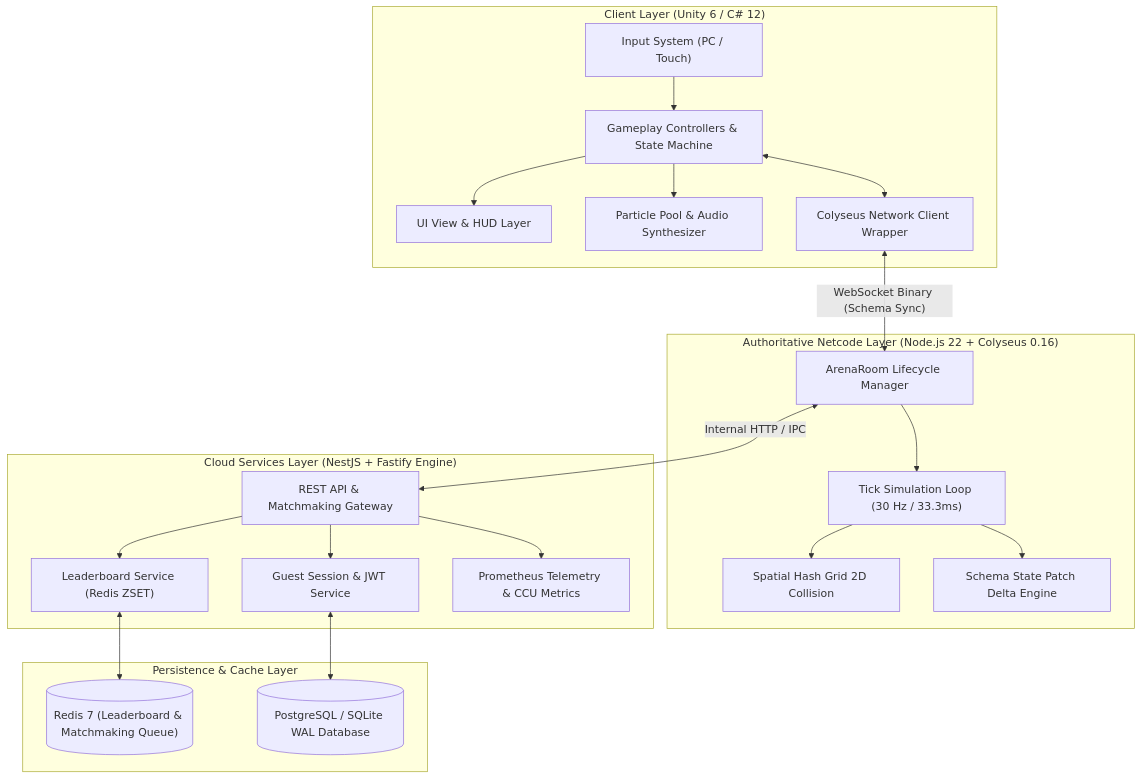
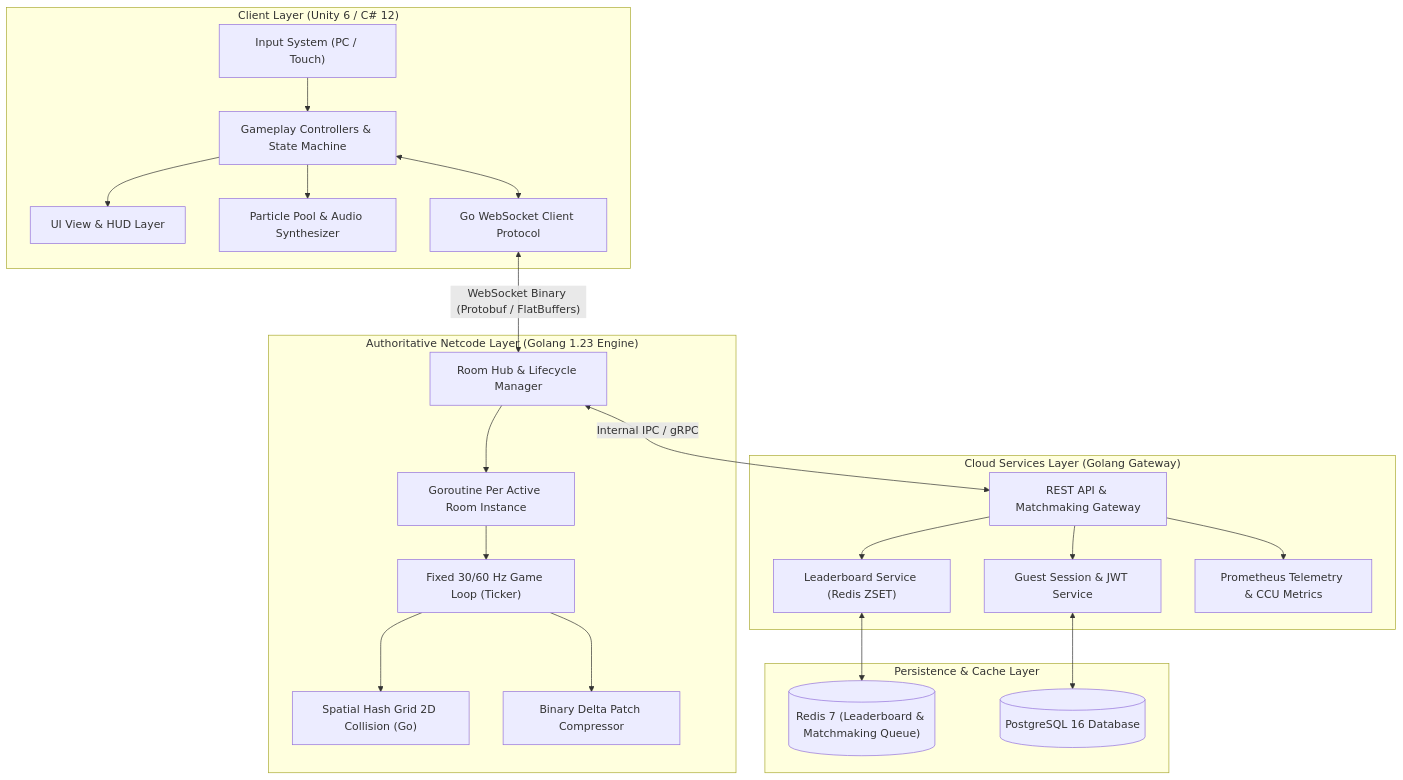
The diagram in docs/02_TDD_TECHNICAL_ARCHITECTURE.md (Blackerd/aetheria-overdrive), drawn with Mermaid before and after one commit. The commit also changed other lines of this file and 8 other files, not shown here.

Commit message:
refactor(arch): pivot to industry-standard Unity C# and Golang Game Server stack

````diff
--- a/docs/02_TDD_TECHNICAL_ARCHITECTURE.md
+++ b/docs/02_TDD_TECHNICAL_ARCHITECTURE.md
@@ -13,47 +13,49 @@
 ```mermaid
 flowchart TB
     subgraph ClientLayer ["Client Layer (Unity 6 / C# 12)"]
         UI["UI View & HUD Layer"]
         InputMgr["Input System (PC / Touch)"]
         GameEngine["Gameplay Controllers & State Machine"]
         VFX["Particle Pool & Audio Synthesizer"]
-        NetClient["Colyseus Network Client Wrapper"]
+        NetClient["Go WebSocket Client Protocol"]
     end
 
-    subgraph NetcodeLayer ["Authoritative Netcode Layer (Node.js 22 + Colyseus 0.16)"]
-        RoomMgr["ArenaRoom Lifecycle Manager"]
-        SimLoop["Tick Simulation Loop (30 Hz / 33.3ms)"]
-        CollisionEngine["Spatial Hash Grid 2D Collision"]
-        StateReplication["Schema State Patch Delta Engine"]
+    subgraph NetcodeLayer ["Authoritative Netcode Layer (Golang 1.23 Engine)"]
+        RoomMgr["Room Hub & Lifecycle Manager"]
+        GoroutineRooms["Goroutine Per Active Room Instance"]
+        SimLoop["Fixed 30/60 Hz Game Loop (Ticker)"]
+        CollisionEngine["Spatial Hash Grid 2D Collision (Go)"]
+        StateReplication["Binary Delta Patch Compressor"]
     end
 
-    subgraph ServiceLayer ["Cloud Services Layer (NestJS + Fastify Engine)"]
+    subgraph ServiceLayer ["Cloud Services Layer (Golang Gateway)"]
         Gateway["REST API & Matchmaking Gateway"]
         AuthModule["Guest Session & JWT Service"]
         RankModule["Leaderboard Service (Redis ZSET)"]
         Telemetry["Prometheus Telemetry & CCU Metrics"]
     end
 
     subgraph StorageLayer ["Persistence & Cache Layer"]
         RedisCache[("Redis 7 (Leaderboard & Matchmaking Queue)")]
-        DBStore[("PostgreSQL / SQLite WAL Database")]
+        DBStore[("PostgreSQL 16 Database")]
     end
 
     InputMgr --> GameEngine
     GameEngine --> VFX
     GameEngine --> UI
     GameEngine <--> NetClient
 
-    NetClient <-->|"WebSocket Binary (Schema Sync)"| RoomMgr
-    RoomMgr --> SimLoop
+    NetClient <-->|"WebSocket Binary (Protobuf / FlatBuffers)"| RoomMgr
+    RoomMgr --> GoroutineRooms
+    GoroutineRooms --> SimLoop
     SimLoop --> CollisionEngine
     SimLoop --> StateReplication
 
-    RoomMgr <-->|"Internal HTTP / IPC"| Gateway
+    RoomMgr <-->|"Internal IPC / gRPC"| Gateway
     Gateway --> AuthModule
     Gateway --> RankModule
     Gateway --> Telemetry
 
     RankModule <--> RedisCache
     AuthModule <--> DBStore
 ```
````
